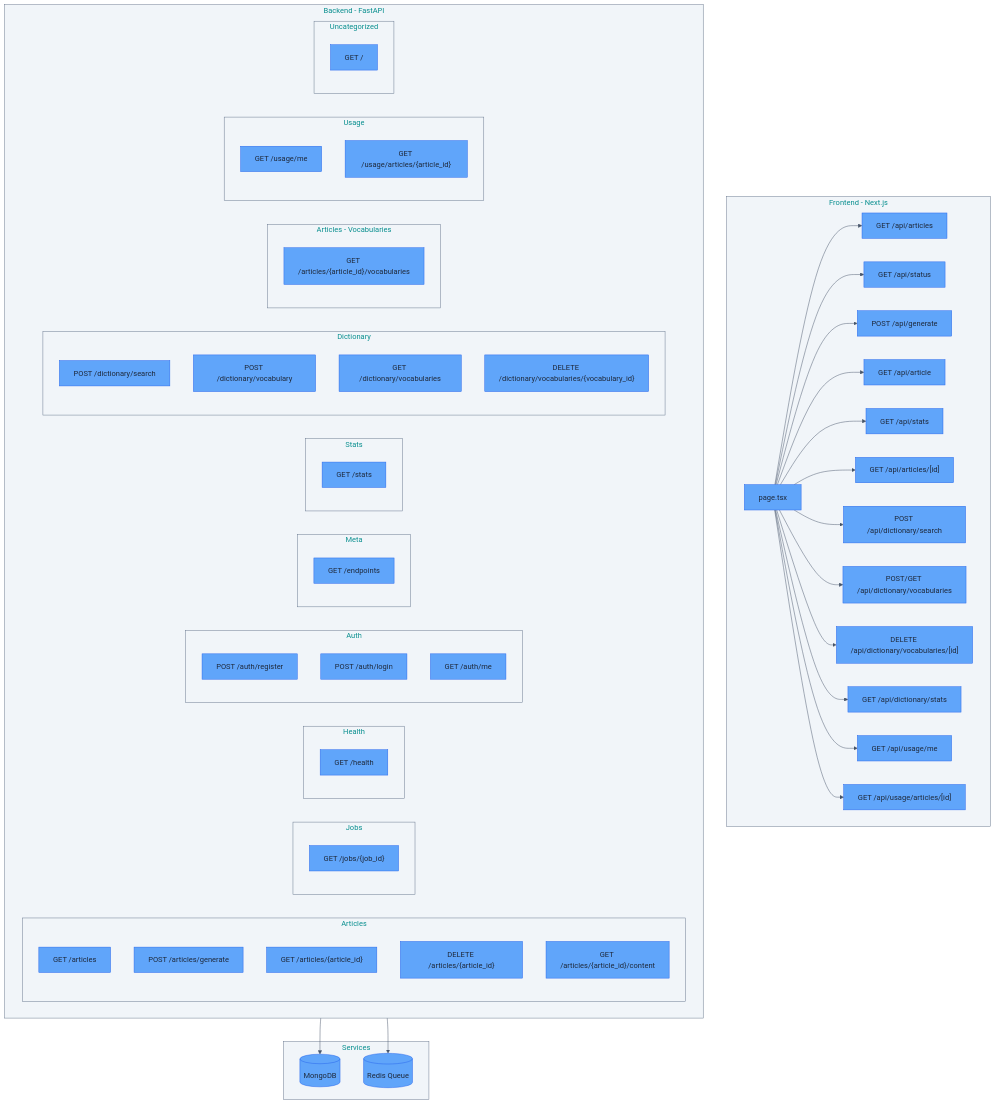
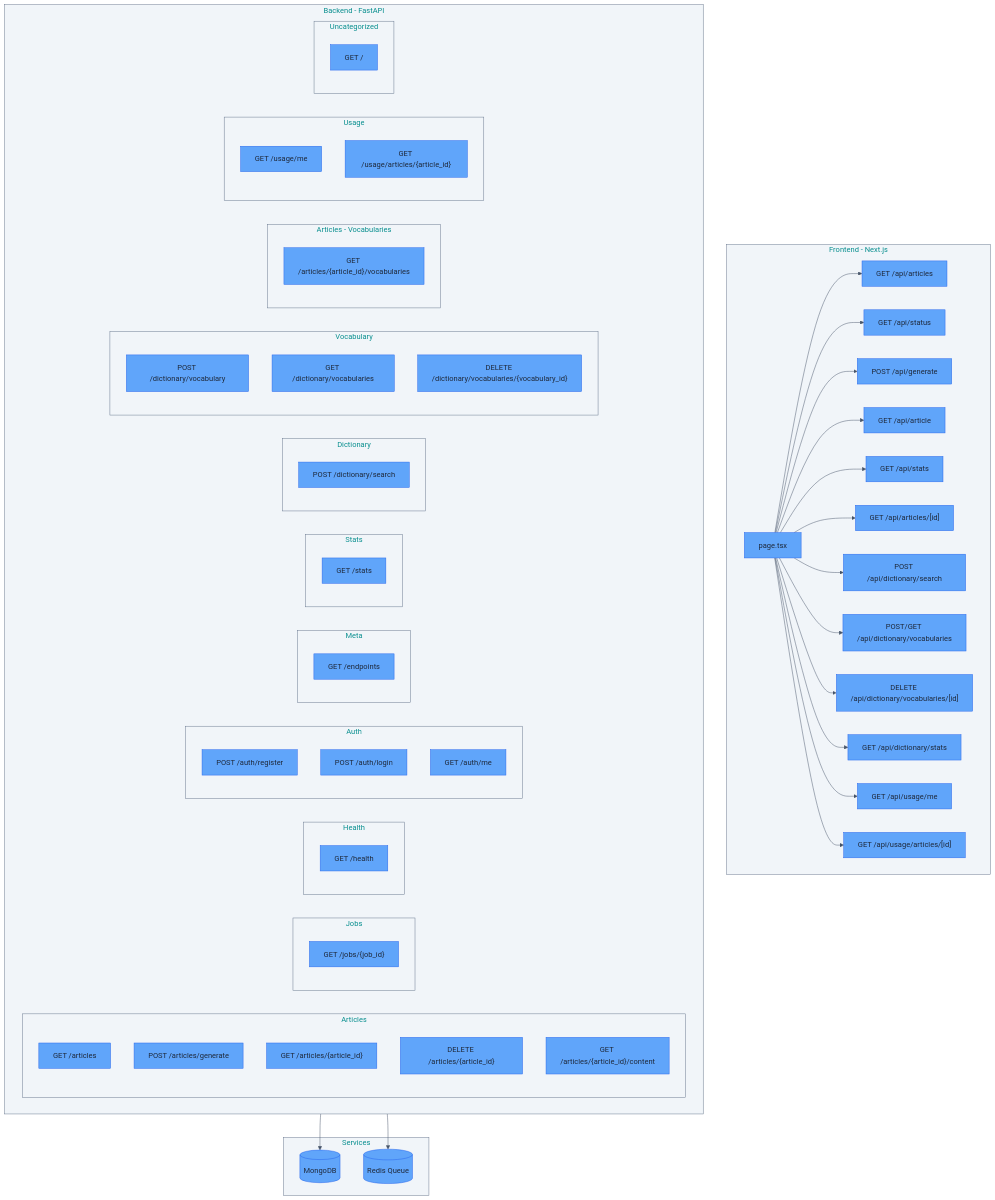
One commit to seung-gu/opad changed the first of 3 diagrams in docs/REFERENCE.md. Above: the diagram before and after it, drawn with Mermaid. The commit also changed other lines of this file and 19 other files, not shown here.

First line of the commit message:
chore: Fix stale imports, update tests, docs, and diagrams

```diff
--- a/docs/REFERENCE.md
+++ b/docs/REFERENCE.md
@@ -66,6 +66,8 @@
         end
         subgraph Dictionary["Dictionary"]
             FastAPI__dictionary_search["POST /dictionary/search"]
+        end
+        subgraph Vocabulary["Vocabulary"]
             FastAPI__dictionary_vocab_post["POST /dictionary/vocabulary"]
             FastAPI__dictionary_vocab_get["GET /dictionary/vocabularies"]
             FastAPI__dictionary_vocab_delete["DELETE /dictionary/vocabularies/{vocabulary_id}"]
```
